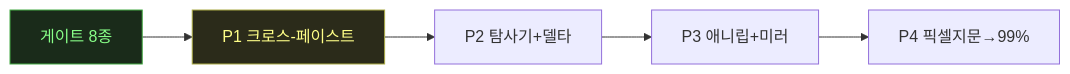
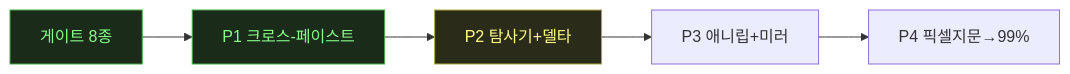
Before and after one commit to csbakk/clone-kb: the diagram in status/canvas.md, drawn with Mermaid. The commit also changed other lines of this file and 7 other files, not shown here.

````diff
--- a/status/canvas.md
+++ b/status/canvas.md
@@ -8,6 +8,7 @@
 ```mermaid
 flowchart LR
     P0["게이트 8종"] --> P1["P1 크로스-페이스트"] --> P2["P2 탐사기+델타"] --> P3["P3 애니립+미러"] --> P4["P4 픽셀지문→99%"]
     style P0 fill:#1a2b1a,stroke:#4a4,color:#8f8
-    style P1 fill:#2b2b1a,stroke:#aa4,color:#ff8
+    style P1 fill:#1a2b1a,stroke:#4a4,color:#8f8
+    style P2 fill:#2b2b1a,stroke:#aa4,color:#ff8
 ```
````
